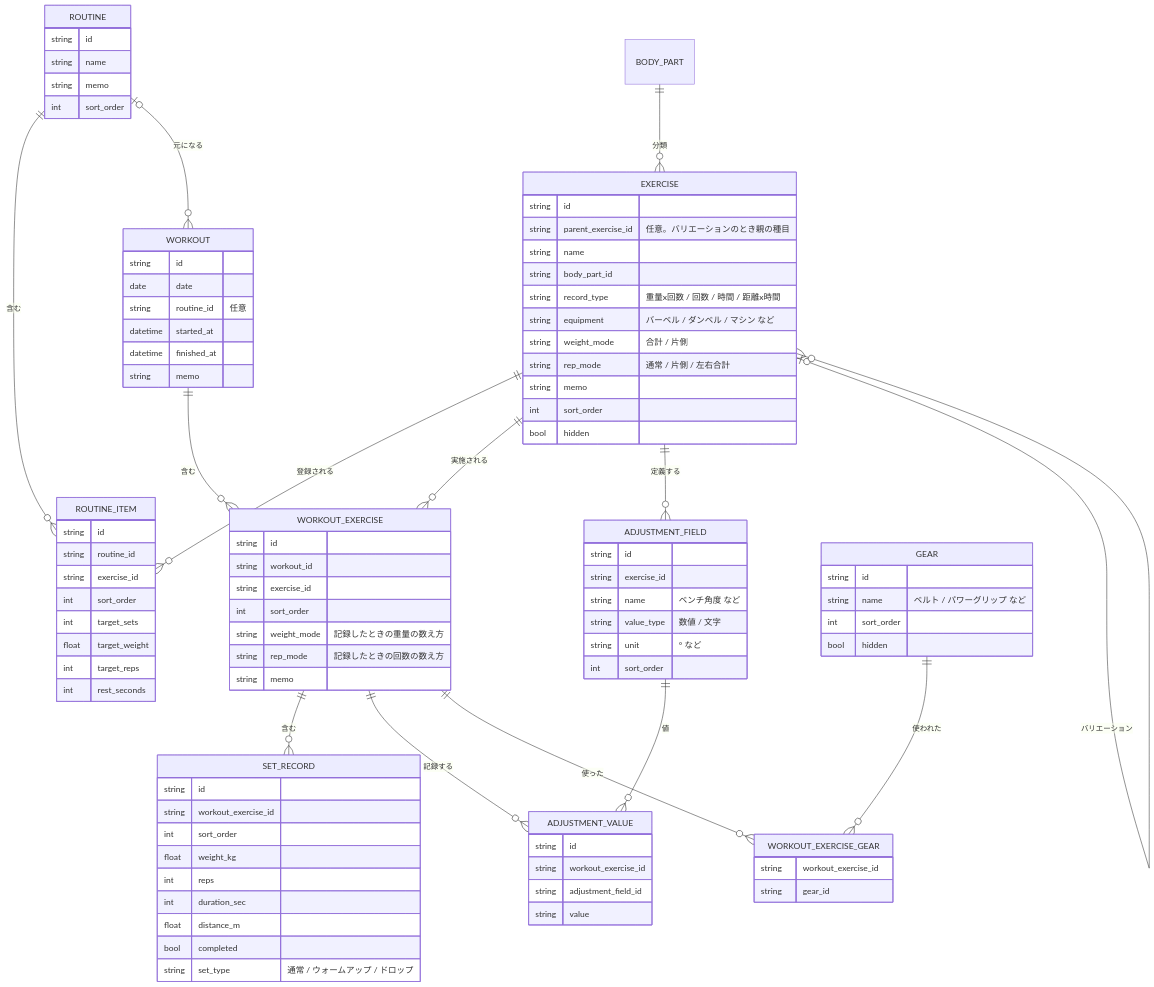
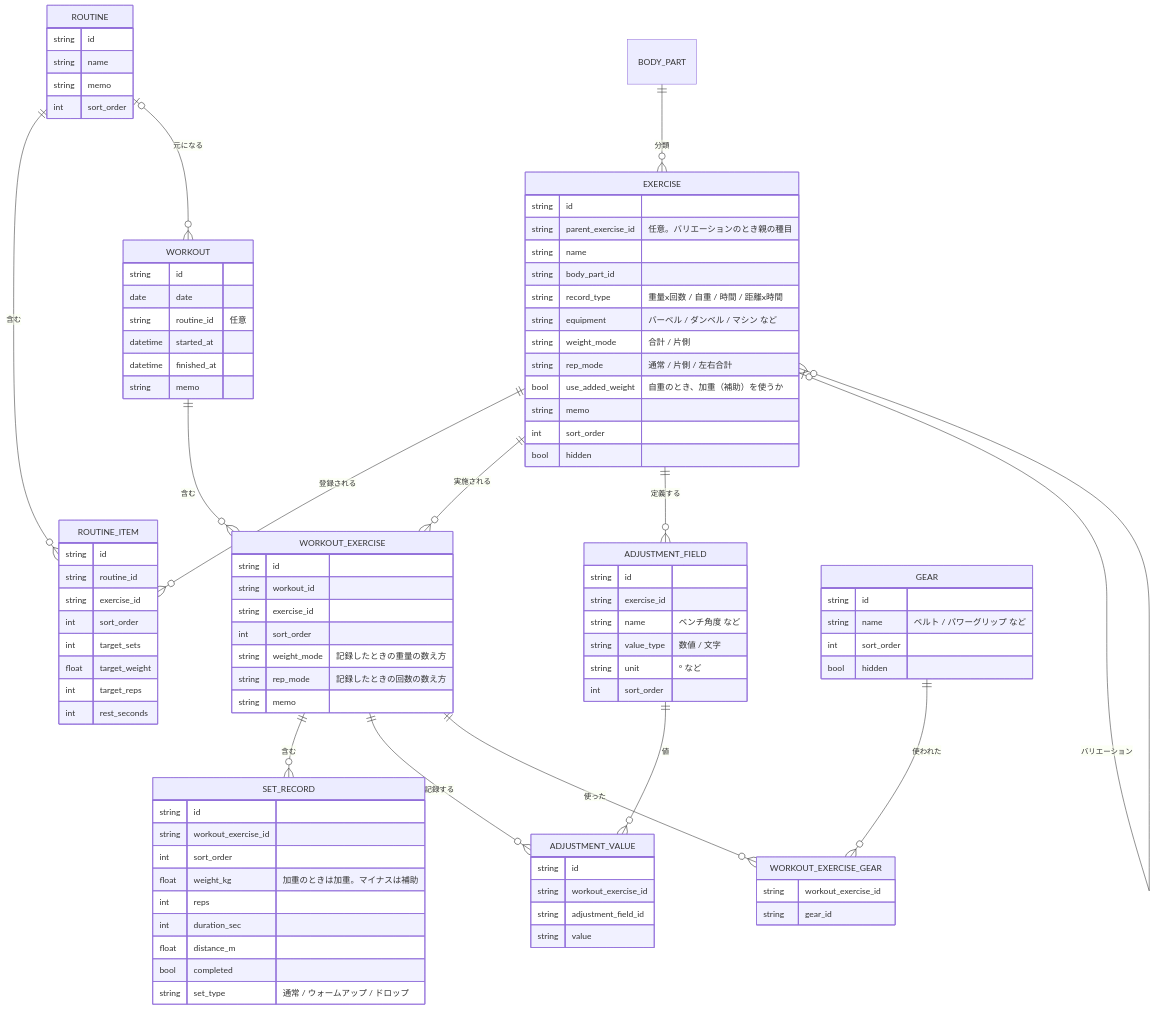
One commit to o-TAT-o/inventory changed the second of 5 diagrams in apps/training-log/docs/requirements.md. Above: the diagram before and after it, drawn with Mermaid. The commit also changed other lines of this file and 1 other file, not shown here.

```diff
--- a/apps/training-log/docs/requirements.md
+++ b/apps/training-log/docs/requirements.md
@@ -298,10 +308,11 @@
     string parent_exercise_id "任意。バリエーションのとき親の種目"
     string name
     string body_part_id
-    string record_type "重量x回数 / 回数 / 時間 / 距離x時間"
+    string record_type "重量x回数 / 自重 / 時間 / 距離x時間"
     string equipment "バーベル / ダンベル / マシン など"
     string weight_mode "合計 / 片側"
     string rep_mode "通常 / 片側 / 左右合計"
+    bool use_added_weight "自重のとき、加重（補助）を使うか"
     string memo
     int sort_order
     bool hidden
@@ -367,7 +378,7 @@
     string id
     string workout_exercise_id
     int sort_order
-    float weight_kg
+    float weight_kg "加重のときは加重。マイナスは補助"
     int reps
     int duration_sec
     float distance_m
```
